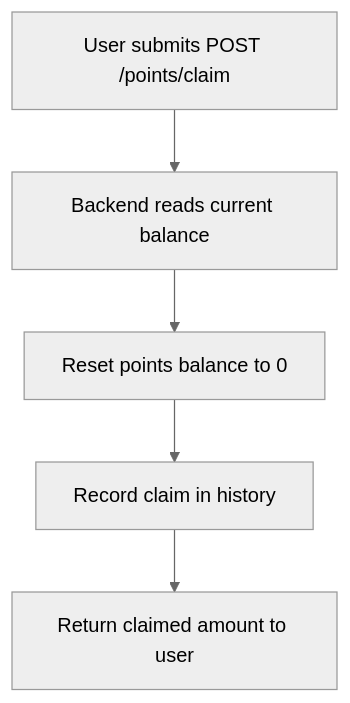
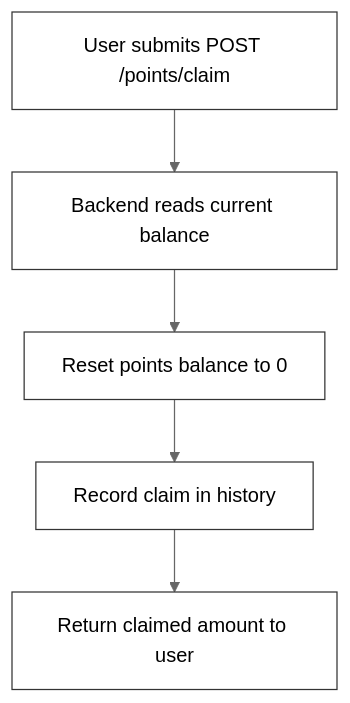
Before and after one commit to Nexora-Node/Docs: the second of 2 diagrams in rewards.md, drawn with Mermaid (neutral theme). The commit also changed other lines of this file and 5 other files, not shown here.

Commit message:
docs: set all diagram nodes to white fill with border only

````diff
--- a/rewards.md
+++ b/rewards.md
@@ -51,7 +59,13 @@
 ```mermaid
 flowchart TD
     A[User submits POST /points/claim] --> B[Backend reads current balance]
     B --> C[Reset points balance to 0]
     C --> D[Record claim in history]
     D --> E[Return claimed amount to user]
+
+    style A fill:#fff,stroke:#333,color:#000
+    style B fill:#fff,stroke:#333,color:#000
+    style C fill:#fff,stroke:#333,color:#000
+    style D fill:#fff,stroke:#333,color:#000
+    style E fill:#fff,stroke:#333,color:#000
 ```
````
